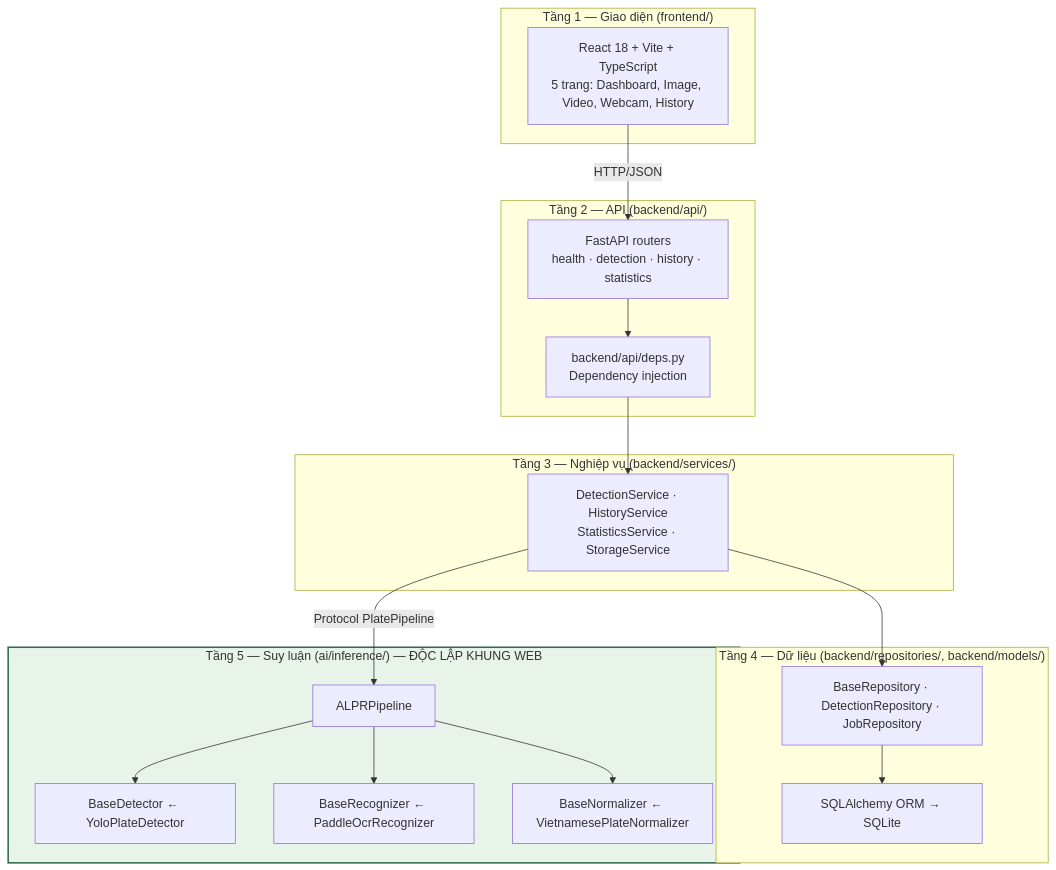
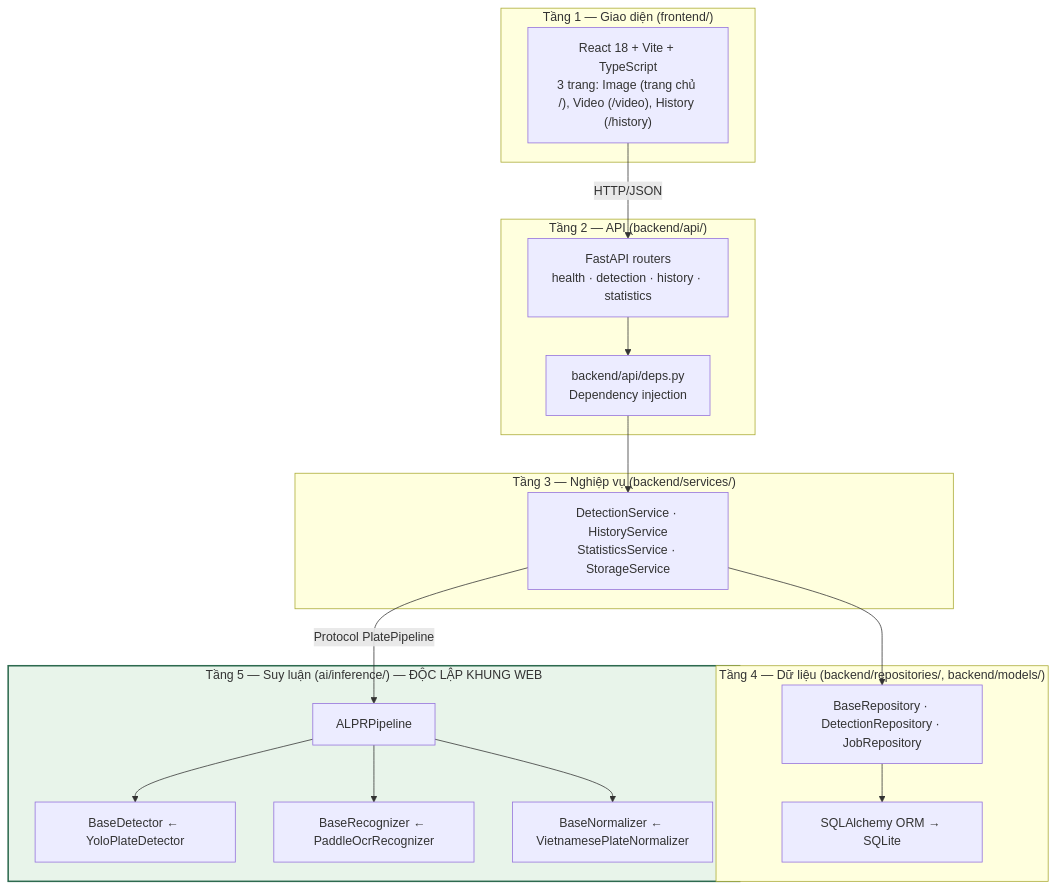
One commit to hieunguyen2604/alpr-do-an-mon-hoc changed the first of 4 diagrams in docs/manuals/technical-manual.md. Above: the diagram before and after it, drawn with Mermaid. The commit also changed other lines of this file and 82 other files, not shown here.

````diff
--- a/docs/manuals/technical-manual.md
+++ b/docs/manuals/technical-manual.md
@@ -38,39 +38,39 @@
 ```mermaid
 flowchart TD
     subgraph L1["Tầng 1 — Giao diện (frontend/)"]
-        UI["React 18 + Vite + TypeScript<br/>5 trang: Dashboard, Image, Video, Webcam, History"]
+        UI["React 18 + Vite + TypeScript<br/>3 trang: Image (trang chủ /), Video (/video), History (/history)"]
     end
 
     subgraph L2["Tầng 2 — API (backend/api/)"]
         RT["FastAPI routers<br/>health · detection · history · statistics"]
         DEP["backend/api/deps.py<br/>Dependency injection"]
     end
 
     subgraph L3["Tầng 3 — Nghiệp vụ (backend/services/)"]
         SVC["DetectionService · HistoryService<br/>StatisticsService · StorageService"]
     end
 
     subgraph L4["Tầng 4 — Dữ liệu (backend/repositories/, backend/models/)"]
         REPO["BaseRepository · DetectionRepository · JobRepository"]
         ORM["SQLAlchemy ORM → SQLite"]
     end
 
     subgraph L5["Tầng 5 — Suy luận (ai/inference/) — ĐỘC LẬP KHUNG WEB"]
         PIPE["ALPRPipeline"]
         DET["BaseDetector ← YoloPlateDetector"]
         REC["BaseRecognizer ← PaddleOcrRecognizer"]
         NOR["BaseNormalizer ← VietnamesePlateNormalizer"]
     end
 
     UI -->|"HTTP/JSON"| RT
     RT --> DEP
     DEP --> SVC
     SVC --> REPO
     REPO --> ORM
     SVC -->|"Protocol PlatePipeline"| PIPE
     PIPE --> DET
     PIPE --> REC
     PIPE --> NOR
 
     style L5 fill:#e8f4ea,stroke:#2d6a4f,stroke-width:2px
 ```
````
